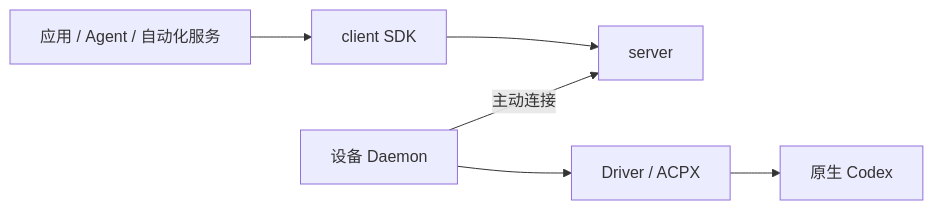
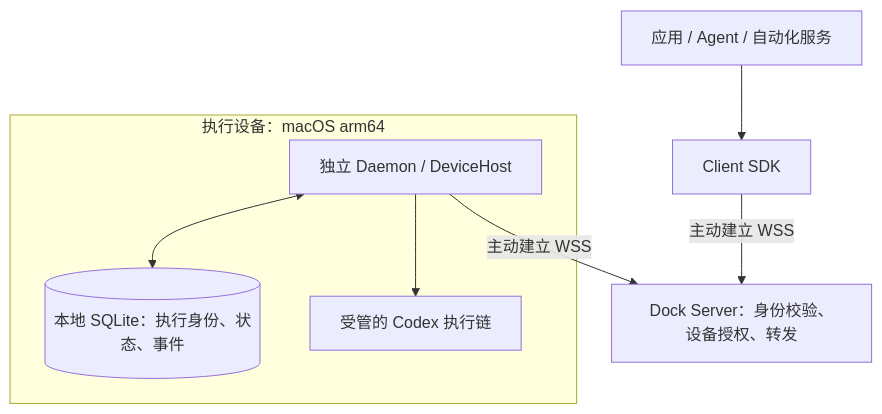
The first of 2 diagrams in README.md (hutian-ai/harness-dock), drawn with Mermaid before and after one commit. The commit also changed other lines of this file and 3 other files, not shown here.

````diff
--- a/README.md
+++ b/README.md
@@ -20,8 +20,13 @@
 ```mermaid
-flowchart LR
-  A["应用 / Agent / 自动化服务"] --> SDK["client SDK"]
-  SDK --> S["server"]
-  D["设备 Daemon"] -->|"主动连接"| S
-  D --> R["Driver / ACPX"]
-  R --> H["原生 Codex"]
+flowchart TB
+  A["应用 / Agent / 自动化服务"] --> SDK["Client SDK"]
+  SDK -->|"主动建立 WSS"| S["Dock Server：身份校验、设备授权、转发"]
+  subgraph MAC["执行设备：macOS arm64"]
+    D["独立 Daemon / DeviceHost"]
+    DB[("本地 SQLite：执行身份、状态、事件")]
+    H["受管的 Codex 执行链"]
+    D <--> DB
+    D --> H
+  end
+  D -->|"主动建立 WSS"| S
 ```
````
